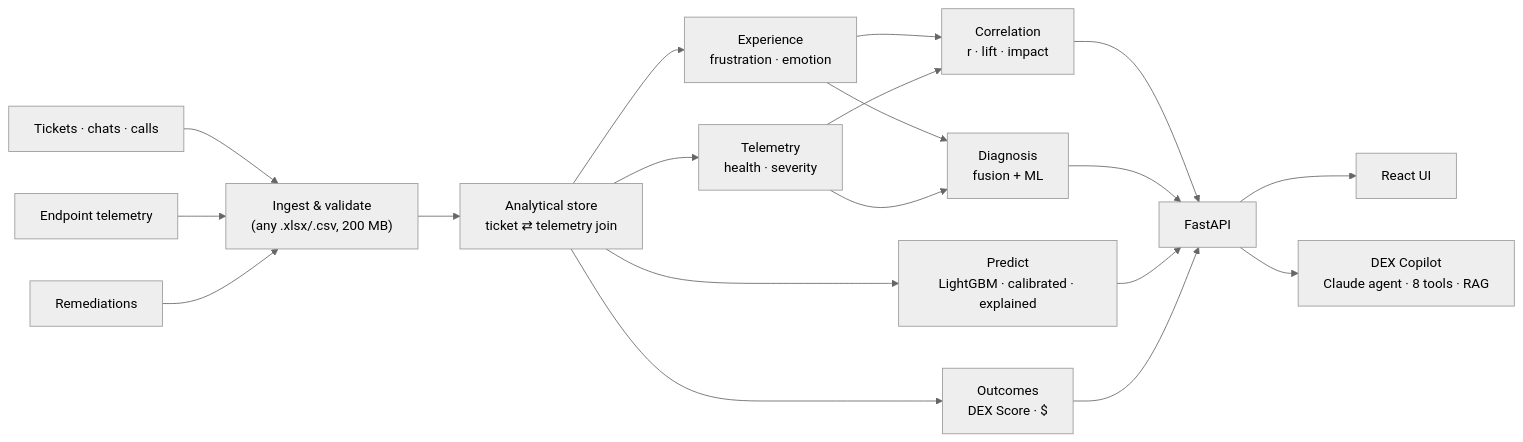
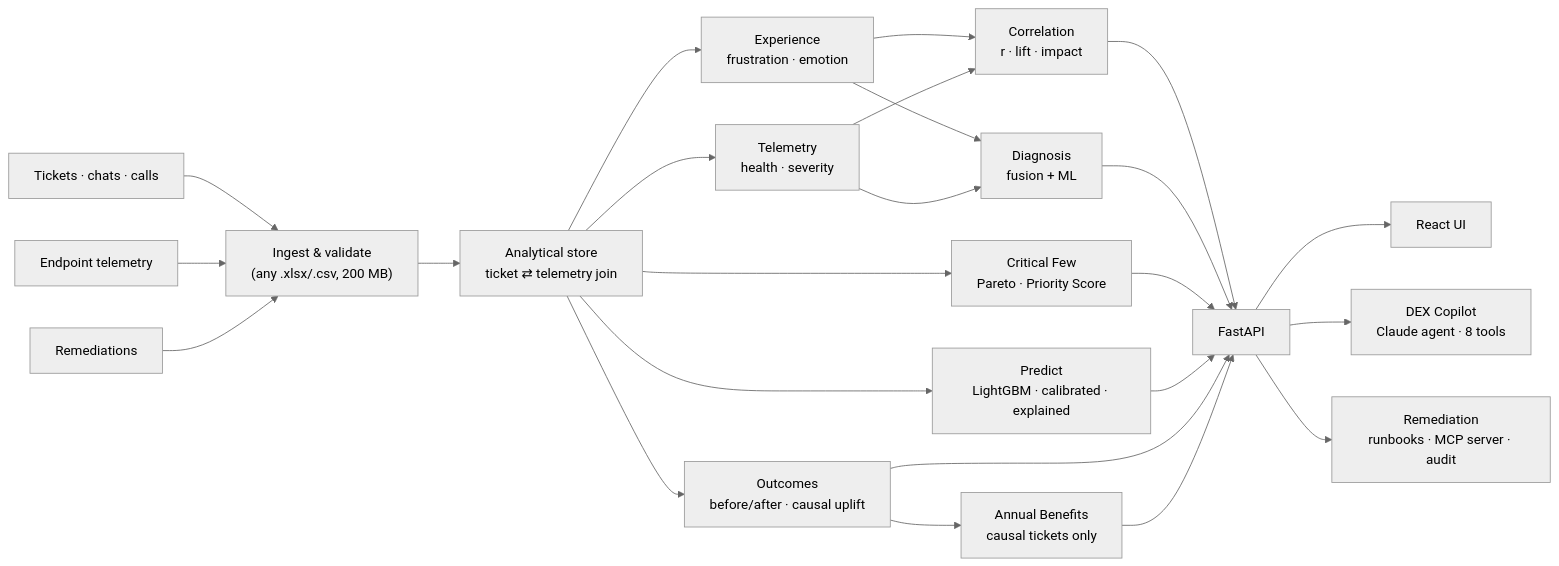
Before and after one commit to VijayVishwanath/SentimentCorrelation: the diagram in docs/PITCH.md, drawn with Mermaid (neutral theme). The commit also changed other lines of this file and 29 other files, not shown here.

````diff
--- a/docs/PITCH.md
+++ b/docs/PITCH.md
@@ -97,16 +121,19 @@
 ```mermaid
 flowchart LR
     T["Tickets · chats · calls"] --> ING["Ingest & validate<br/>(any .xlsx/.csv, 200 MB)"]
     D["Endpoint telemetry"] --> ING
     R["Remediations"] --> ING
     ING --> ST["Analytical store<br/>ticket ⇄ telemetry join"]
     ST --> E1["Experience<br/>frustration · emotion"]
     ST --> E2["Telemetry<br/>health · severity"]
     E1 & E2 --> C["Correlation<br/>r · lift · impact"]
     E1 & E2 --> DX["Diagnosis<br/>fusion + ML"]
+    ST --> PA["Critical Few<br/>Pareto · Priority Score"]
     ST --> P["Predict<br/>LightGBM · calibrated · explained"]
-    ST --> O["Outcomes<br/>DEX Score · $"]
-    C & DX & P & O --> API["FastAPI"]
+    ST --> O["Outcomes<br/>before/after · causal uplift"]
+    O --> ROI["Annual Benefits<br/>causal tickets only"]
+    C & DX & PA & P & O & ROI --> API["FastAPI"]
     API --> UI["React UI"]
-    API --> CP["DEX Copilot<br/>Claude agent · 8 tools · RAG"]
+    API --> CP["DEX Copilot<br/>Claude agent · 8 tools"]
+    API --> FX["Remediation<br/>runbooks · MCP server · audit"]
 ```
````
